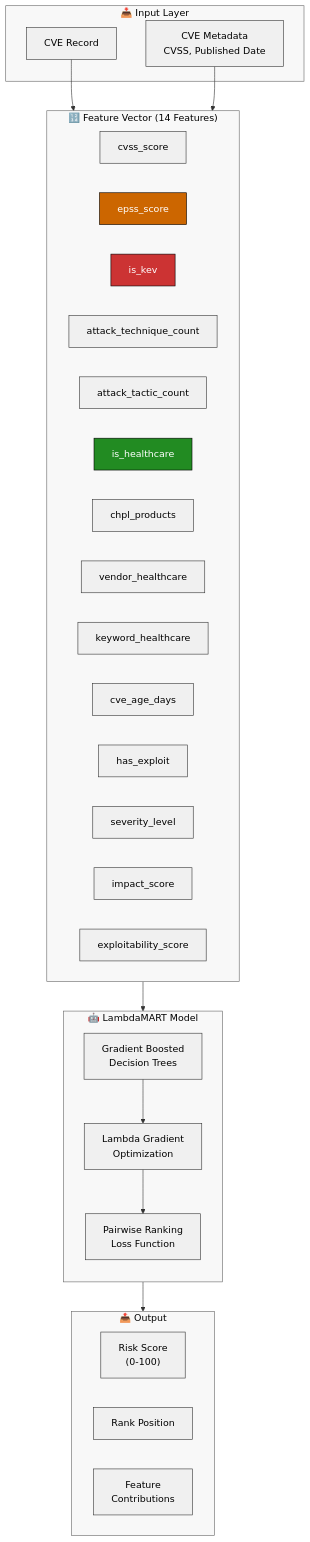
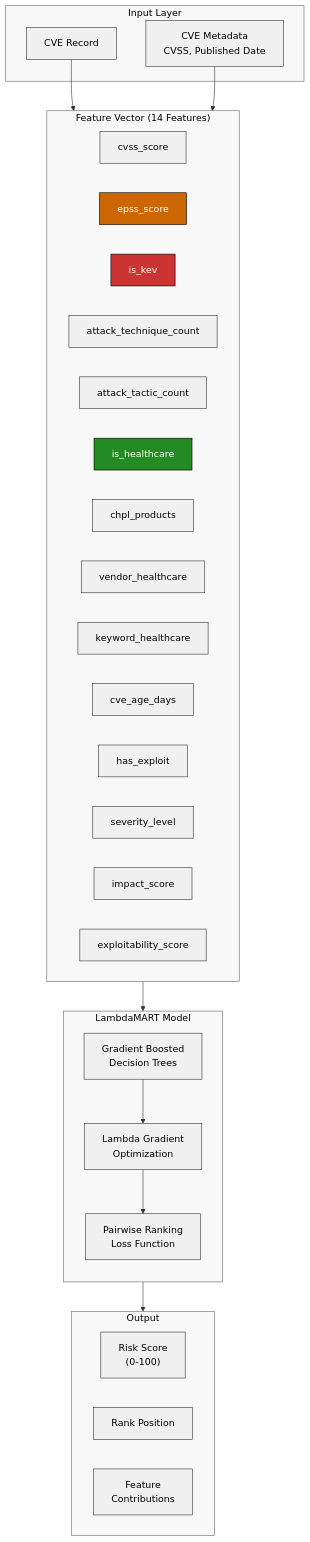
One commit to er-vinay-india/healthcare-vuln-prioritization-ltr changed the diagram in cti_recommender/docs/diagrams/ltr_model.mmd. Above: the diagram before and after it, drawn with Mermaid. The commit also changed 26 other files, not shown here.

```diff
--- a/cti_recommender/docs/diagrams/ltr_model.mmd
+++ b/cti_recommender/docs/diagrams/ltr_model.mmd
@@ -1,47 +1,47 @@
 %%{init: {'theme': 'base', 'themeVariables': { 'primaryColor': '#e8e8e8', 'primaryTextColor': '#000000', 'primaryBorderColor': '#333333', 'secondaryColor': '#f5f5f5', 'secondaryTextColor': '#000000', 'tertiaryColor': '#ffffff', 'tertiaryTextColor': '#000000', 'lineColor': '#333333', 'textColor': '#000000', 'background': '#ffffff', 'mainBkg': '#f0f0f0', 'nodeBorder': '#333333', 'clusterBkg': '#f8f8f8', 'clusterBorder': '#666666', 'titleColor': '#000000'}}}%%
 flowchart TB
-    subgraph Input["📥 Input Layer"]
+    subgraph Input["Input Layer"]
         CVE["CVE Record"]
         META["CVE Metadata<br/>CVSS, Published Date"]
     end
 
-    subgraph Features["🔢 Feature Vector (14 Features)"]
+    subgraph Features["Feature Vector (14 Features)"]
         direction LR
         F1["cvss_score"]
         F2["epss_score"]
         F3["is_kev"]
         F4["attack_technique_count"]
         F5["attack_tactic_count"]
         F6["is_healthcare"]
         F7["chpl_products"]
         F8["vendor_healthcare"]
         F9["keyword_healthcare"]
         F10["cve_age_days"]
         F11["has_exploit"]
         F12["severity_level"]
         F13["impact_score"]
         F14["exploitability_score"]
     end
 
-    subgraph Model["🤖 LambdaMART Model"]
+    subgraph Model["LambdaMART Model"]
         direction TB
         TREES["Gradient Boosted<br/>Decision Trees"]
         LAMBDA["Lambda Gradient<br/>Optimization"]
         RANK["Pairwise Ranking<br/>Loss Function"]
         TREES --> LAMBDA --> RANK
     end
 
-    subgraph Output["📤 Output"]
+    subgraph Output["Output"]
         SCORE["Risk Score<br/>(0-100)"]
         RANK_POS["Rank Position"]
         EXPLAIN["Feature<br/>Contributions"]
     end
 
     CVE --> Features
     META --> Features
     Features --> Model
     Model --> Output
 
     style F3 fill:#cc3333,color:#ffffff,stroke:#000000
     style F2 fill:#cc6600,color:#ffffff,stroke:#000000
     style F6 fill:#228b22,color:#ffffff,stroke:#000000
```
